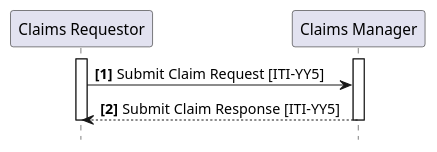
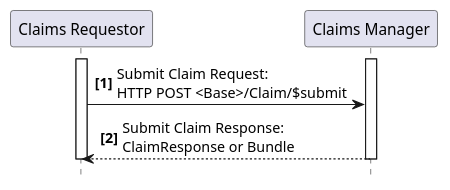
The diagram in input/images-source/ITI-YY5-seq.plantuml (IHE/ITI.Finance), drawn with PlantUML before and after one commit. The commit also changed 23 other files, not shown here.

```diff
--- a/input/images-source/ITI-YY5-seq.plantuml
+++ b/input/images-source/ITI-YY5-seq.plantuml
@@ -1,13 +1,13 @@
 @startuml
 skinparam svgDimensionStyle false
 hide footbox
 autonumber "<b>[0]"
 participant "Claims Requestor" as Req
 participant "Claims Manager" as Man
 activate Req
 activate Man
-Req -> Man : Submit Claim Request [ITI-YY5]
-Man --> Req : Submit Claim Response [ITI-YY5]
+Req -> Man : Submit Claim Request:\nHTTP POST <Base>/Claim/$submit
+Man --> Req : Submit Claim Response:\nClaimResponse or Bundle
 deactivate Man
 deactivate Req
 @enduml
```
